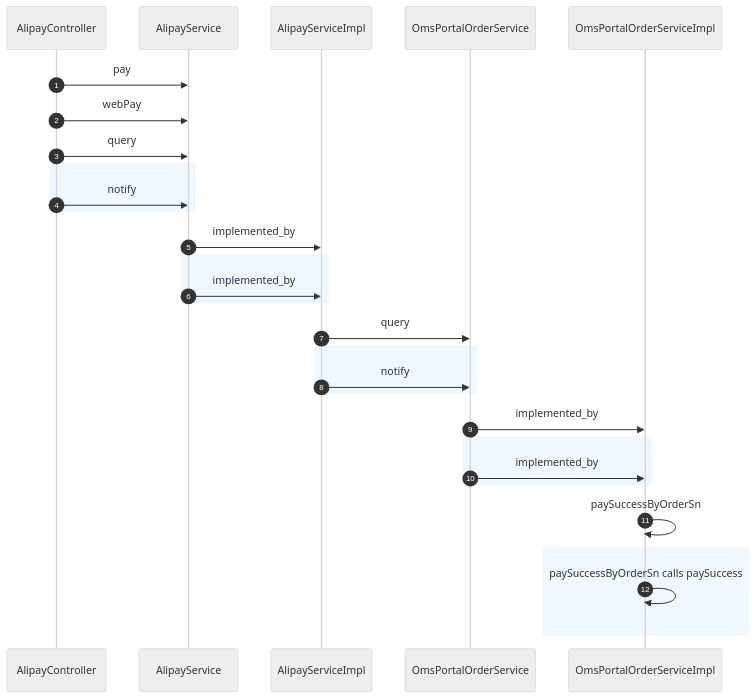
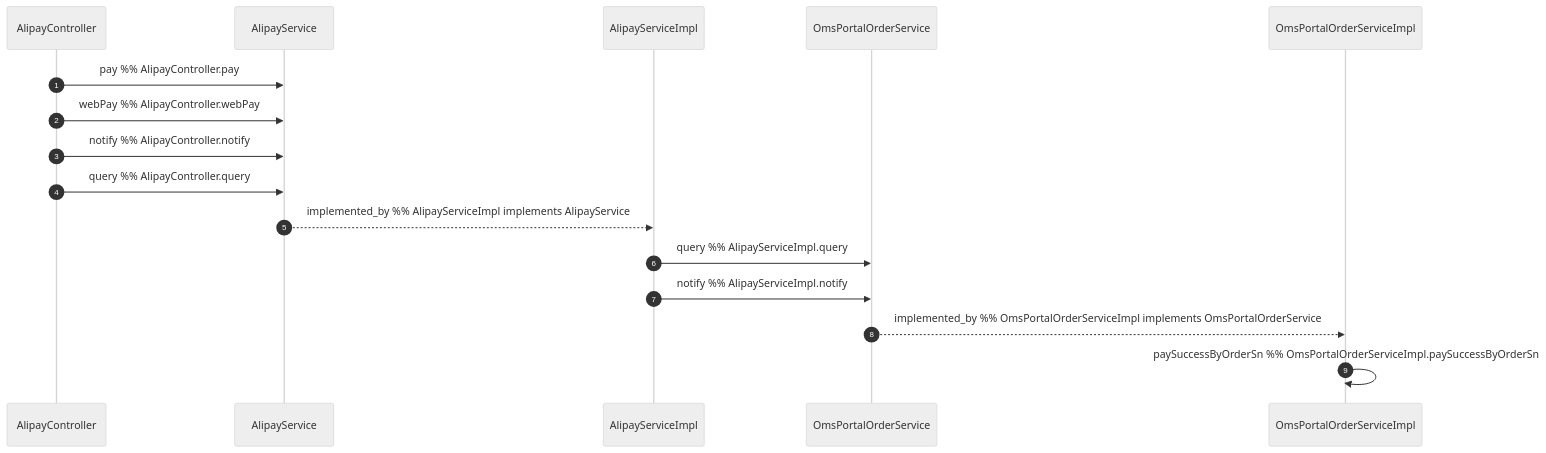
Before and after one commit to gyyggyg/java_wiki: the diagram in graph/mermaid_result/time_mermaid.md, drawn with Mermaid (neutral theme). The commit also changed 16 other files, not shown here.

````diff
--- a/graph/mermaid_result/time_mermaid.md
+++ b/graph/mermaid_result/time_mermaid.md
@@ -1,33 +1,20 @@
 ```mermaid
 sequenceDiagram
     autonumber
     participant AlipayController as AlipayController
     participant AlipayService as AlipayService
     participant AlipayServiceImpl as AlipayServiceImpl
     participant OmsPortalOrderService as OmsPortalOrderService
     participant OmsPortalOrderServiceImpl as OmsPortalOrderServiceImpl
 
-    AlipayController->>AlipayService: pay
-    AlipayController->>AlipayService: webPay
-    AlipayController->>AlipayService: query
-    rect rgb(240,248,255)
-        AlipayController->>AlipayService: notify
-    end
-    AlipayService->>AlipayServiceImpl: implemented_by
-    rect rgb(240,248,255)
-        AlipayService->>AlipayServiceImpl: implemented_by
-    end
-    AlipayServiceImpl->>OmsPortalOrderService: query
-    rect rgb(240,248,255)
-        AlipayServiceImpl->>OmsPortalOrderService: notify
-    end
-    OmsPortalOrderService->>OmsPortalOrderServiceImpl: implemented_by
-    rect rgb(240,248,255)
-        OmsPortalOrderService->>OmsPortalOrderServiceImpl: implemented_by
-    end
-    OmsPortalOrderServiceImpl->>OmsPortalOrderServiceImpl: paySuccessByOrderSn
-    rect rgb(240,248,255)
-        OmsPortalOrderServiceImpl->>OmsPortalOrderServiceImpl: paySuccessByOrderSn calls paySuccess
-    end
+    AlipayController->>AlipayService: pay %% AlipayController.pay
+    AlipayController->>AlipayService: webPay %% AlipayController.webPay
+    AlipayController->>AlipayService: notify %% AlipayController.notify
+    AlipayController->>AlipayService: query %% AlipayController.query
+    AlipayService-->>AlipayServiceImpl: implemented_by %% AlipayServiceImpl implements AlipayService
+    AlipayServiceImpl->>OmsPortalOrderService: query %% AlipayServiceImpl.query
+    AlipayServiceImpl->>OmsPortalOrderService: notify %% AlipayServiceImpl.notify
+    OmsPortalOrderService-->>OmsPortalOrderServiceImpl: implemented_by %% OmsPortalOrderServiceImpl implements OmsPortalOrderService
+    OmsPortalOrderServiceImpl->>OmsPortalOrderServiceImpl: paySuccessByOrderSn %% OmsPortalOrderServiceImpl.paySuccessByOrderSn
 
 ```
````
